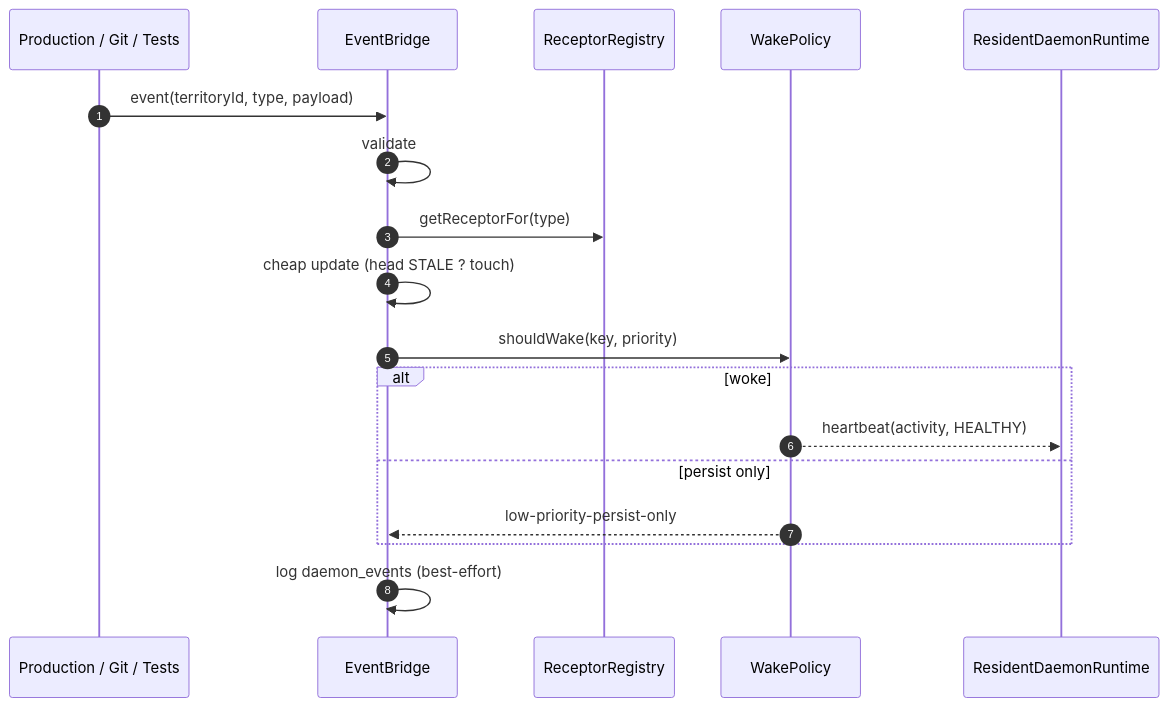
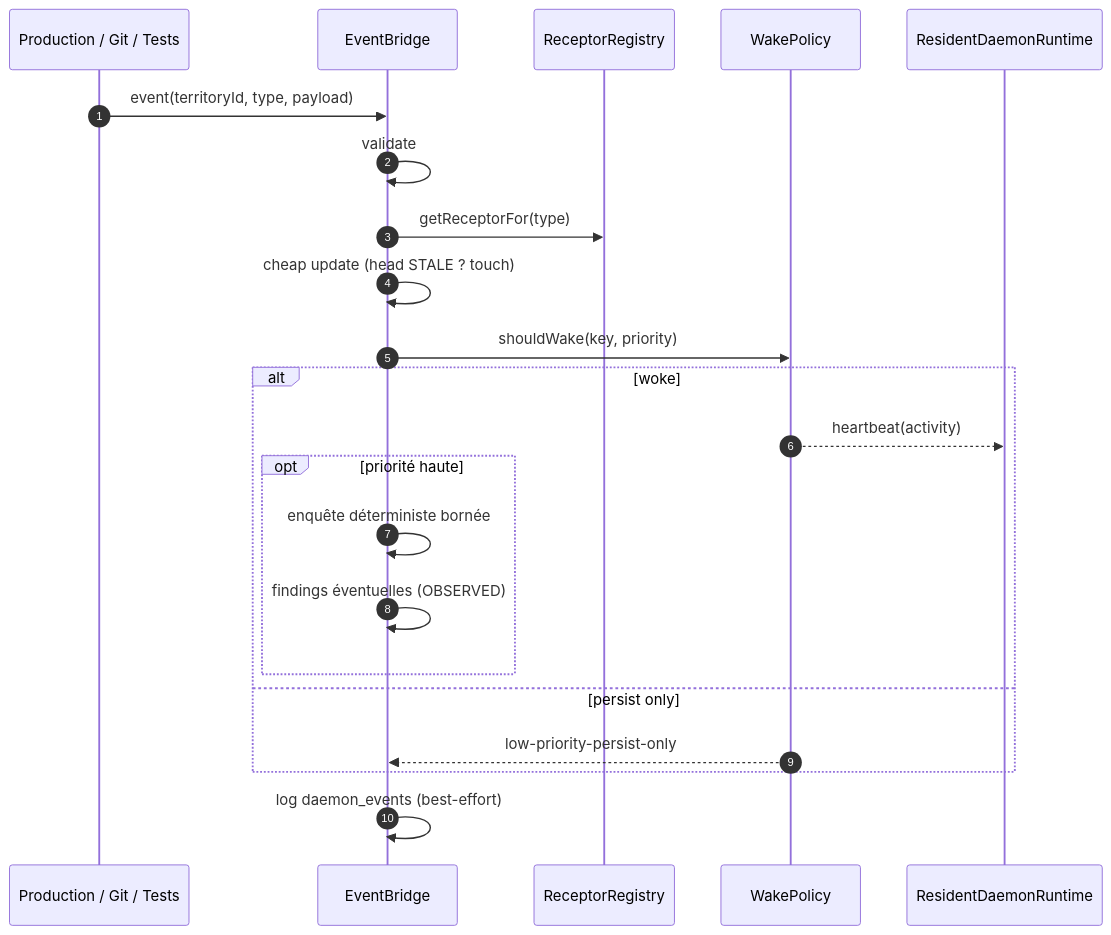
The third of 7 diagrams in docs/03-reference/types-de-daemons.md (PISSARAW/GenOS), drawn with Mermaid before and after one commit. The commit also changed other lines of this file and 6 other files, not shown here.

````diff
--- a/docs/03-reference/types-de-daemons.md
+++ b/docs/03-reference/types-de-daemons.md
@@ -308,20 +311,24 @@
 ```mermaid
 sequenceDiagram
     autonumber
     participant PROD as Production / Git / Tests
     participant BRIDGE as EventBridge
     participant RECEPT as ReceptorRegistry
     participant WAKE as WakePolicy
     participant RT as ResidentDaemonRuntime
     PROD->>BRIDGE: event(territoryId, type, payload)
     BRIDGE->>BRIDGE: validate
     BRIDGE->>RECEPT: getReceptorFor(type)
     BRIDGE->>BRIDGE: cheap update (head STALE ? touch)
     BRIDGE->>WAKE: shouldWake(key, priority)
     alt woke
-      WAKE-->>RT: heartbeat(activity, HEALTHY)
+      WAKE-->>RT: heartbeat(activity)
+      opt priorité haute
+        BRIDGE->>BRIDGE: enquête déterministe bornée
+        BRIDGE->>BRIDGE: findings éventuelles (OBSERVED)
+      end
     else persist only
       WAKE-->>BRIDGE: low-priority-persist-only
     end
     BRIDGE->>BRIDGE: log daemon_events (best-effort)
 ```
````
